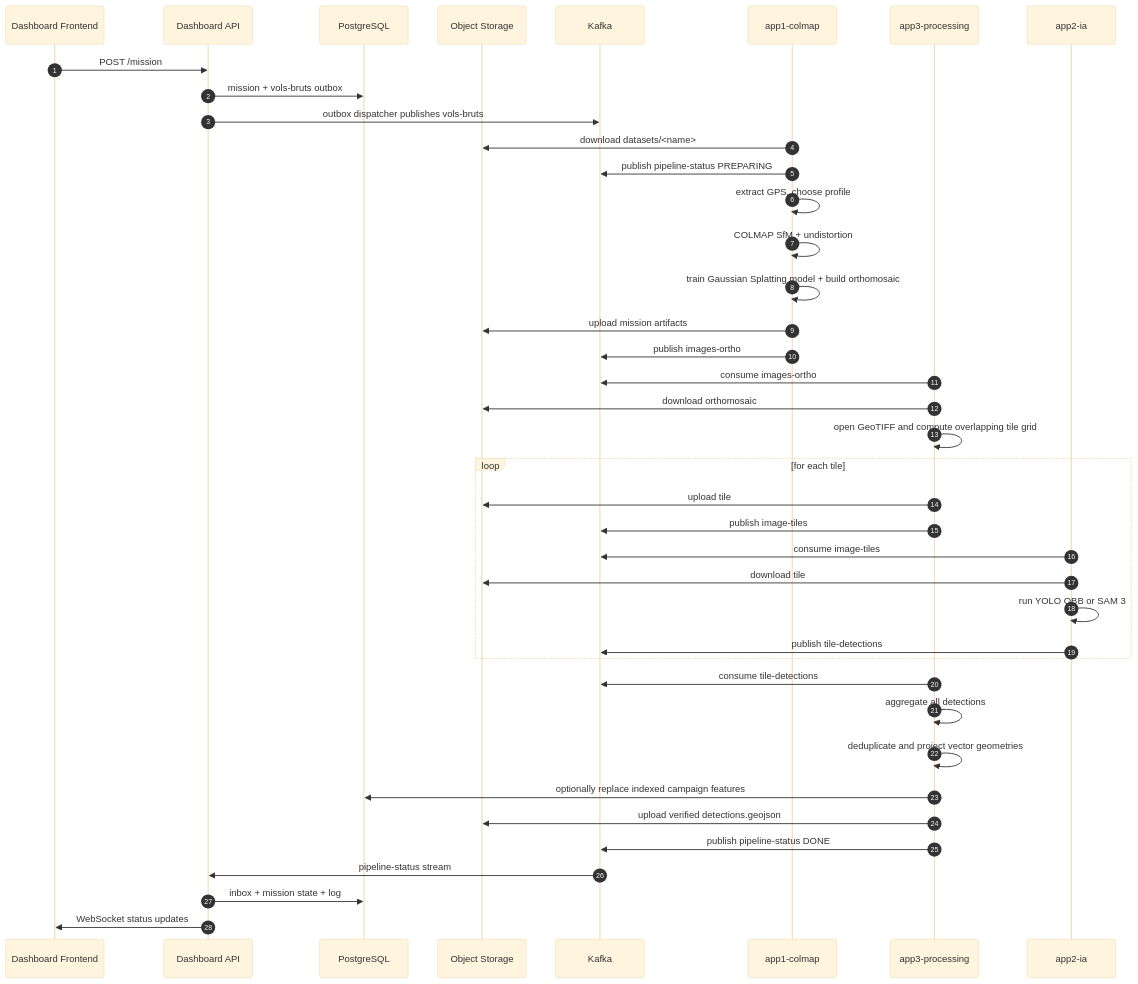
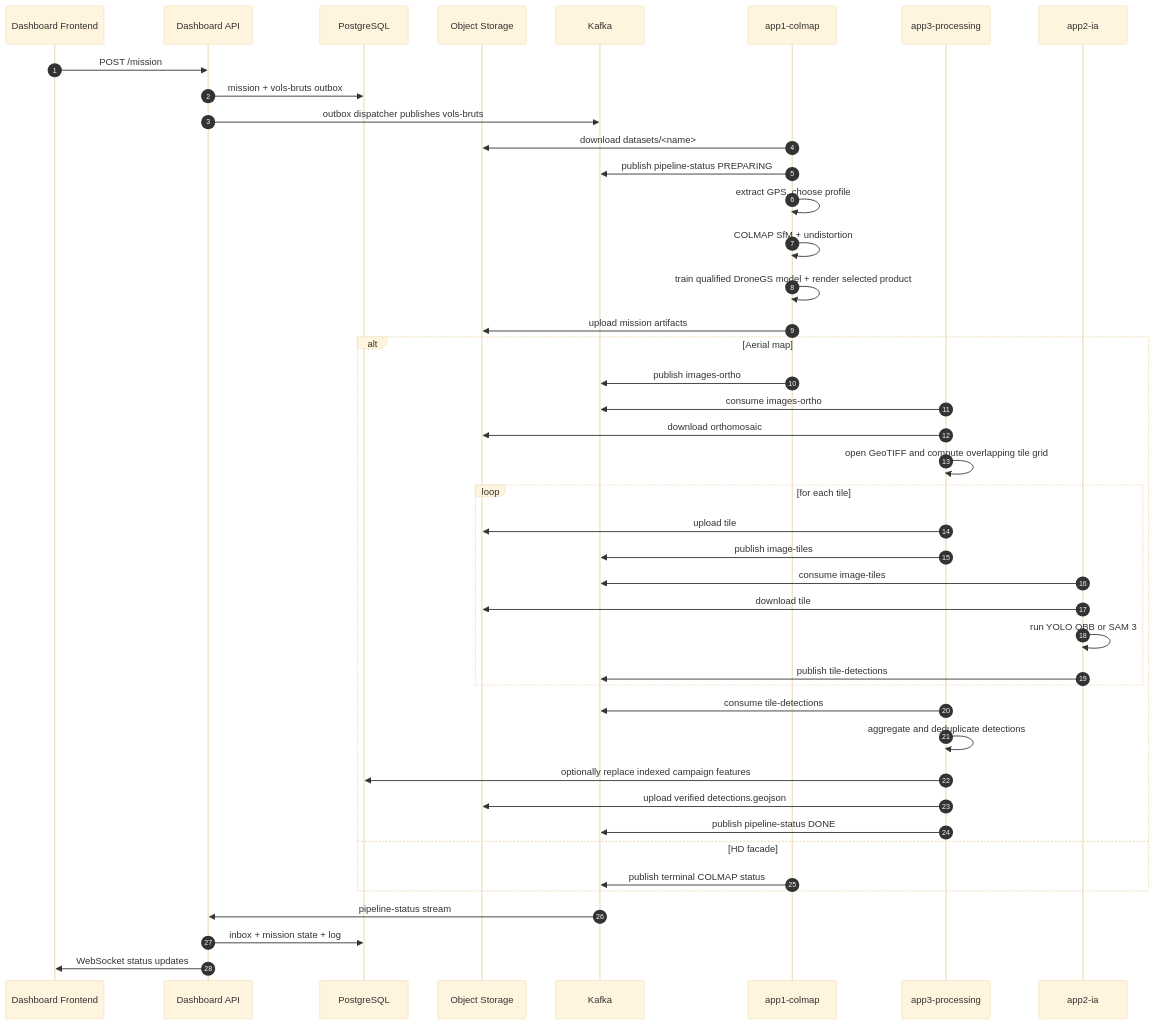
One commit to olivelb/DroneAI changed the first of 7 diagrams in DOCUMENTATION.md. Above: the diagram before and after it, drawn with Mermaid (base theme). The commit also changed other lines of this file and 90 other files, not shown here.

````diff
--- a/DOCUMENTATION.md
+++ b/DOCUMENTATION.md
@@ -780,43 +819,46 @@
 ```mermaid
 sequenceDiagram
     autonumber
     participant UI as Dashboard Frontend
     participant API as Dashboard API
     participant DB as PostgreSQL
     participant S3 as Object Storage
     participant K as Kafka
     participant C as app1-colmap
     participant P as app3-processing
     participant IA as app2-ia
 
     UI->>API: POST /mission
     API->>DB: mission + vols-bruts outbox
     API->>K: outbox dispatcher publishes vols-bruts
     C->>S3: download datasets/<name>
     C->>K: publish pipeline-status PREPARING
     C->>C: extract GPS, choose profile
     C->>C: COLMAP SfM + undistortion
-    C->>C: train Gaussian Splatting model + build orthomosaic
+    C->>C: train qualified DroneGS model + render selected product
     C->>S3: upload mission artifacts
-    C->>K: publish images-ortho
-    P->>K: consume images-ortho
-    P->>S3: download orthomosaic
-    P->>P: open GeoTIFF and compute overlapping tile grid
-    loop for each tile
-        P->>S3: upload tile
-        P->>K: publish image-tiles
-        IA->>K: consume image-tiles
-        IA->>S3: download tile
-        IA->>IA: run YOLO OBB or SAM 3
-        IA->>K: publish tile-detections
+    alt Aerial map
+        C->>K: publish images-ortho
+        P->>K: consume images-ortho
+        P->>S3: download orthomosaic
+        P->>P: open GeoTIFF and compute overlapping tile grid
+        loop for each tile
+            P->>S3: upload tile
+            P->>K: publish image-tiles
+            IA->>K: consume image-tiles
+            IA->>S3: download tile
+            IA->>IA: run YOLO OBB or SAM 3
+            IA->>K: publish tile-detections
+        end
+        P->>K: consume tile-detections
+        P->>P: aggregate and deduplicate detections
+        P->>DB: optionally replace indexed campaign features
+        P->>S3: upload verified detections.geojson
+        P->>K: publish pipeline-status DONE
+    else HD facade
+        C->>K: publish terminal COLMAP status
     end
-    P->>K: consume tile-detections
-    P->>P: aggregate all detections
-    P->>P: deduplicate and project vector geometries
-    P->>DB: optionally replace indexed campaign features
-    P->>S3: upload verified detections.geojson
-    P->>K: publish pipeline-status DONE
     K->>API: pipeline-status stream
     API->>DB: inbox + mission state + log
     API->>UI: WebSocket status updates
 ```
````
